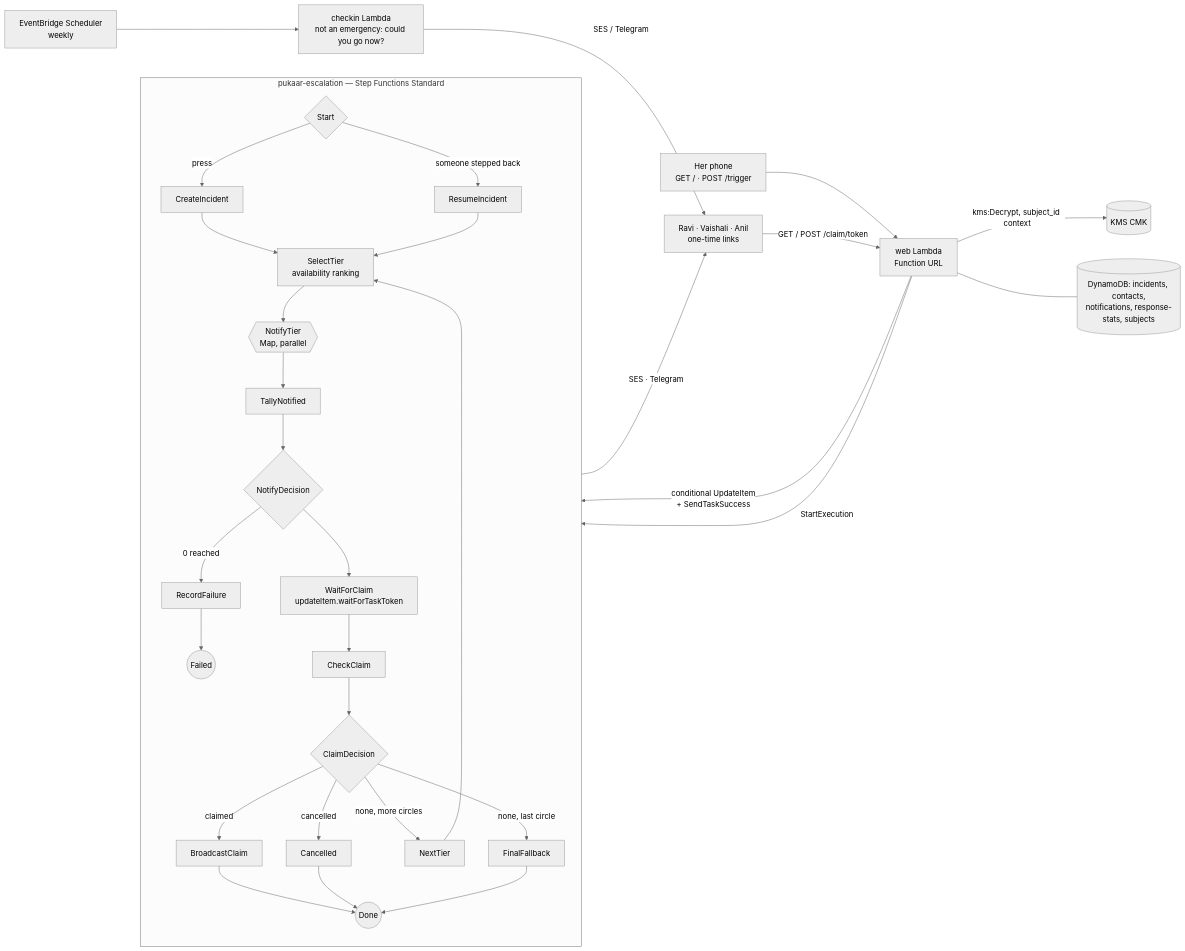
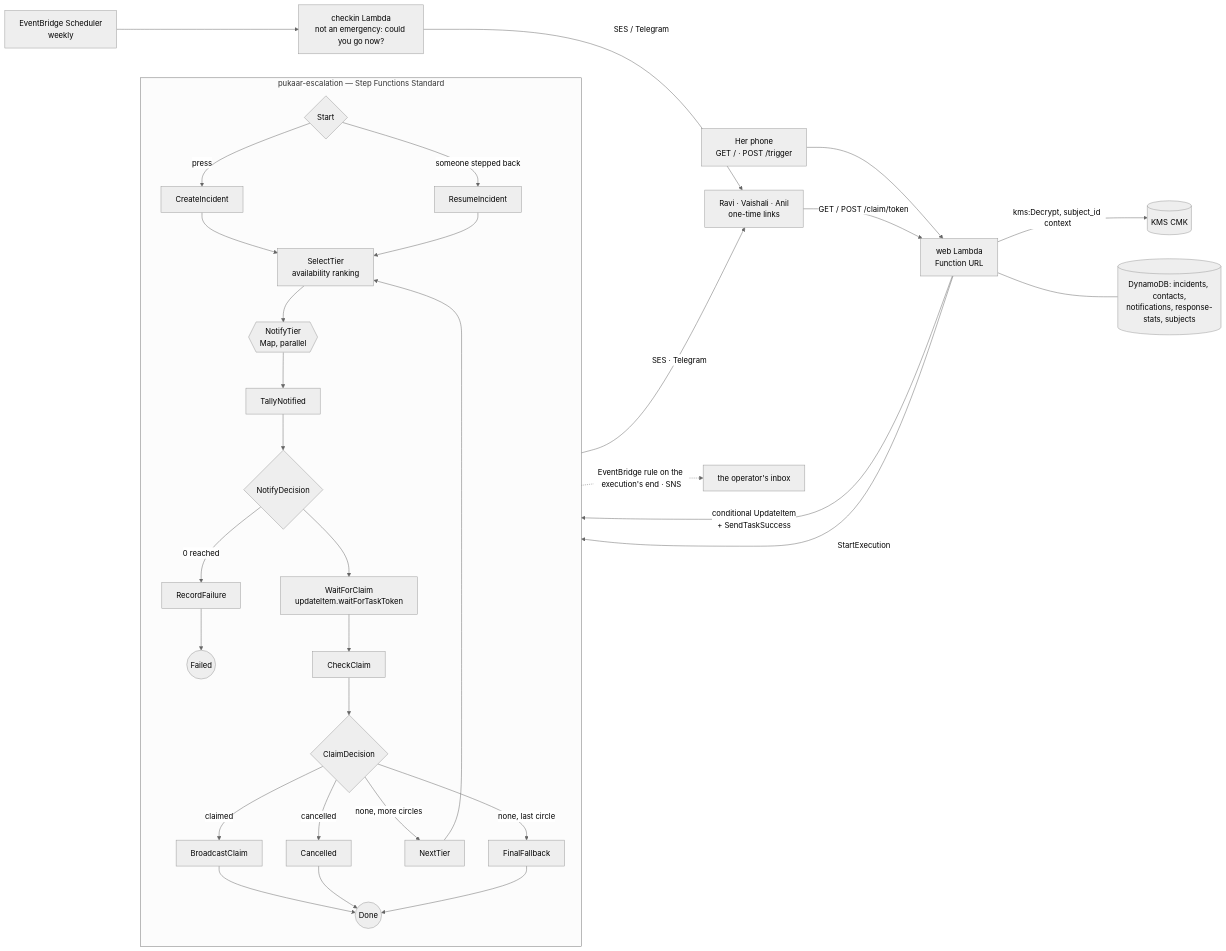
Before and after one commit to aryangorde6/pukaar: the diagram in README.md, drawn with Mermaid (neutral theme). The commit also changed other lines of this file and 5 other files, not shown here.

Commit message:
A failed escalation reaches a person: EventBridge on the execution's end, SNS to the operator; check 19

````diff
--- a/README.md
+++ b/README.md
@@ -112,25 +112,26 @@
 ```mermaid
 flowchart LR
   P["Her phone<br/>GET /  ·  POST /trigger"] --> W[web Lambda<br/>Function URL]
   W -->|StartExecution| SM
   subgraph SM [pukaar-escalation — Step Functions Standard]
     direction TB
     ST{Start} -->|press| C[CreateIncident] --> S[SelectTier<br/>availability ranking]
     ST -->|someone stepped back| RI[ResumeIncident] --> S
     S --> M{{NotifyTier<br/>Map, parallel}}
     M --> T[TallyNotified] --> D{NotifyDecision}
     D -->|0 reached| RF[RecordFailure] --> F((Failed))
     D --> WT[WaitForClaim<br/>updateItem.waitForTaskToken]
     WT --> CC[CheckClaim] --> CD{ClaimDecision}
     CD -->|claimed| B1[BroadcastClaim] --> DN((Done))
     CD -->|cancelled| B2[Cancelled] --> DN
     CD -->|none, more circles| NT[NextTier] --> S
     CD -->|none, last circle| B3[FinalFallback] --> DN
   end
   M -->|SES · Telegram| R["Ravi · Vaishali · Anil<br/>one-time links"]
   R -->|GET / POST /claim/token| W
   W -->|conditional UpdateItem<br/>+ SendTaskSuccess| WT
   SCH[EventBridge Scheduler<br/>weekly] --> CK[checkin Lambda<br/>not an emergency: could you go now?] -->|SES / Telegram| R
   W -->|kms:Decrypt, subject_id context| K[(KMS CMK)]
   W --- DDB[(DynamoDB: incidents, contacts,<br/>notifications, response-stats, subjects)]
+  F -.->|EventBridge rule on the execution's end · SNS| OP[the operator's inbox]
 ```
````
